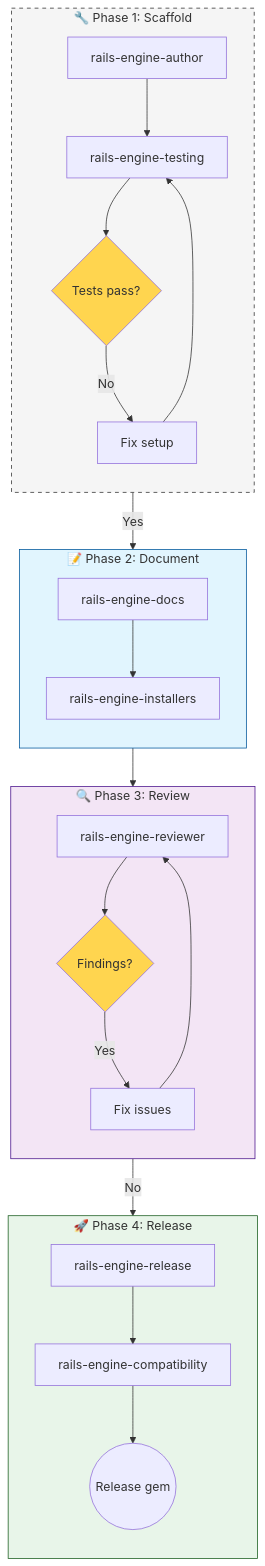
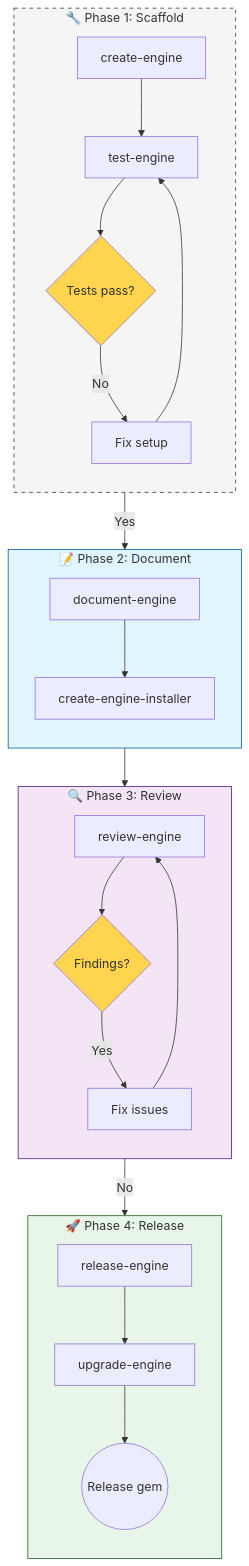
One commit to igmarin/my-RoR-personal-skills changed the first of 2 diagrams in docs/workflows/engines.md. Above: the diagram before and after it, drawn with Mermaid. The commit also changed other lines of this file and 295 other files, not shown here.

First line of the commit message:
Refactor names flows (#57)

````diff
--- a/docs/workflows/engines.md
+++ b/docs/workflows/engines.md
@@ -9,39 +9,39 @@
 ```mermaid
 graph TB
     subgraph Scaffold [🔧 Phase 1: Scaffold]
         direction TB
-        A[rails-engine-author] --> B[rails-engine-testing]
+        A[create-engine] --> B[test-engine]
         B --> C{Tests pass?}
         C -- No --> D[Fix setup]
         D --> B
     end
 
     subgraph Document [📝 Phase 2: Document]
         direction TB
-        C -- Yes --> E[rails-engine-docs]
-        E --> F[rails-engine-installers]
+        C -- Yes --> E[document-engine]
+        E --> F[create-engine-installer]
     end
 
     subgraph Review [🔍 Phase 3: Review]
         direction TB
-        F --> G[rails-engine-reviewer]
+        F --> G[review-engine]
         G --> H{Findings?}
         H -- Yes --> I[Fix issues]
         I --> G
     end
 
     subgraph Release [🚀 Phase 4: Release]
         direction TB
-        H -- No --> J[rails-engine-release]
-        J --> K[rails-engine-compatibility]
+        H -- No --> J[release-engine]
+        J --> K[upgrade-engine]
         K --> L((Release gem))
     end
 
     %% Minimalist styling
     style Scaffold fill:#f5f5f5,stroke:#333,stroke-dasharray: 5 5
     style Document fill:#e1f5fe,stroke:#01579b
     style Review fill:#f3e5f5,stroke:#4a148c
     style Release fill:#e8f5e9,stroke:#1b5e20
     style C fill:#ffd54f
     style H fill:#ffd54f
 ```
````
